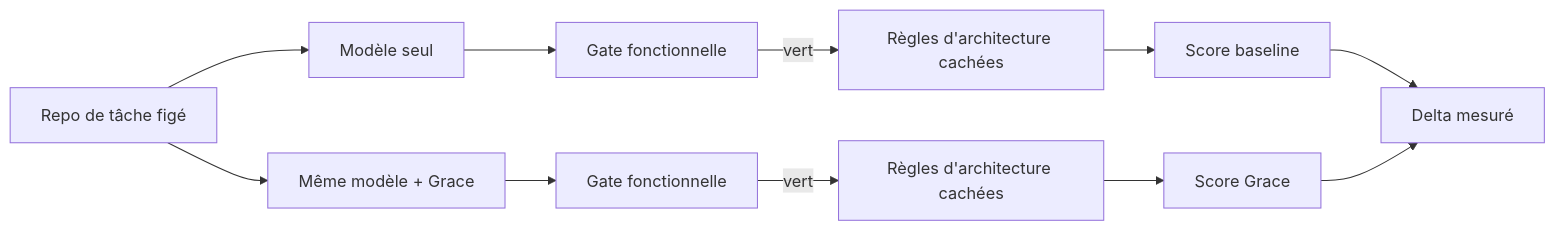
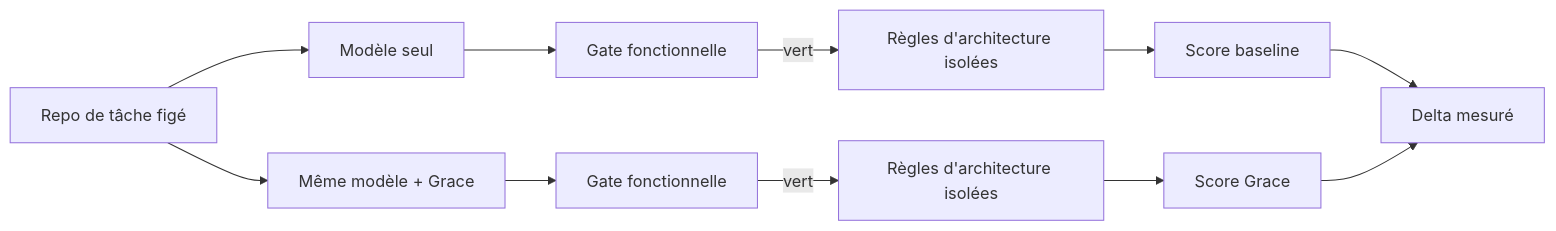
The first of 4 diagrams in README.fr.md (HoppR-tech/codeconform-bench), drawn with Mermaid before and after one commit. The commit also changed other lines of this file and 30 other files, not shown here.

````diff
--- a/README.fr.md
+++ b/README.fr.md
@@ -34,13 +34,13 @@
 ```mermaid
 flowchart LR
     T[Repo de tâche figé] --> B[Modèle seul]
     T --> G[Même modèle + Grace]
     B --> F1[Gate fonctionnelle]
     G --> F2[Gate fonctionnelle]
-    F1 -->|vert| A1[Règles d'architecture cachées]
-    F2 -->|vert| A2[Règles d'architecture cachées]
+    F1 -->|vert| A1[Règles d'architecture isolées]
+    F2 -->|vert| A2[Règles d'architecture isolées]
     A1 --> S1[Score baseline]
     A2 --> S2[Score Grace]
     S1 --> D[Delta mesuré]
     S2 --> D
 ```
````
